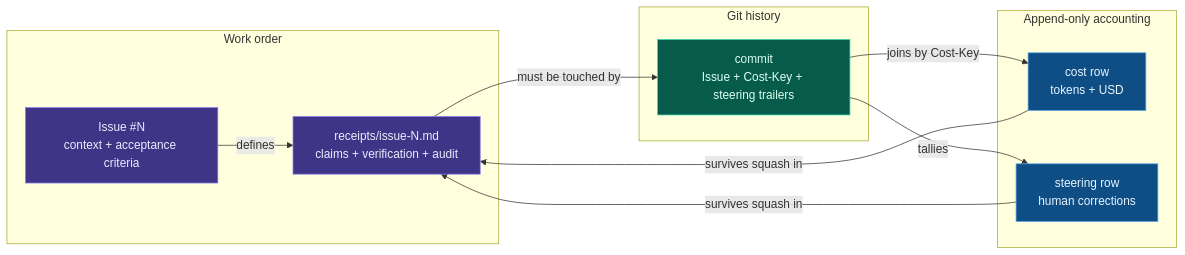
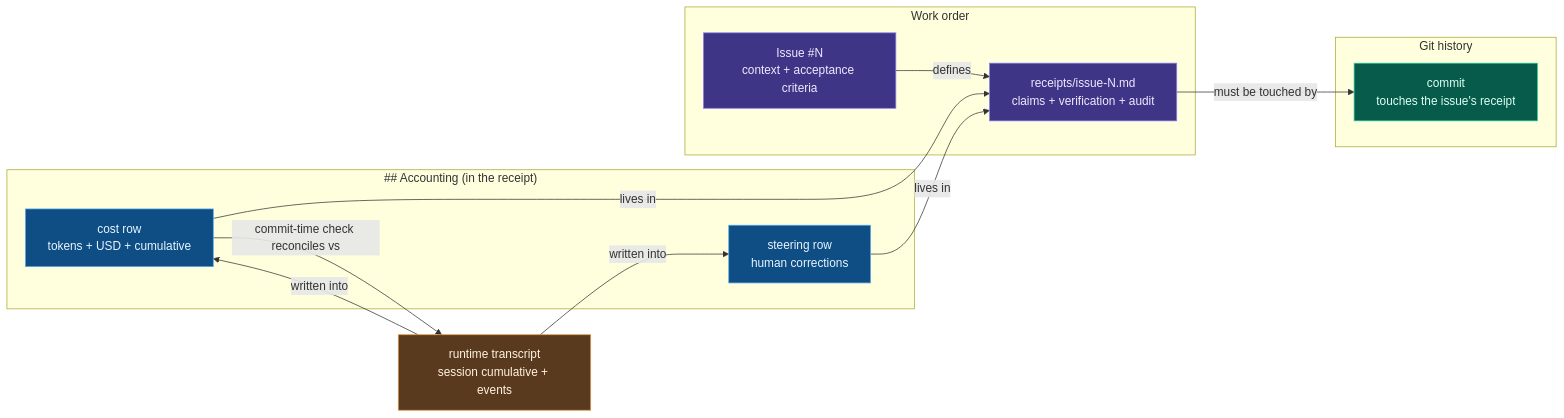
One commit to Duaility/governance-kit changed the fourth of 5 diagrams in README.md. Above: the diagram before and after it, drawn with Mermaid. The commit also changed other lines of this file and 29 other files, not shown here.

First line of the commit message:
refactor(audit): drop accounting trailers; reconcile ledger (#293)

````diff
--- a/README.md
+++ b/README.md
@@ -331,30 +331,35 @@
 ```mermaid
 flowchart LR
     subgraph Work["Work order"]
         I["Issue #N<br/>context + acceptance criteria"]
         R["receipts/issue-N.md<br/>claims + verification + audit"]
     end
 
     subgraph History["Git history"]
-        C["commit<br/>Issue + Cost-Key + steering trailers"]
+        C["commit<br/>touches the issue's receipt"]
     end
 
-    subgraph Accounting["Append-only accounting"]
-        CO["cost row<br/>tokens + USD"]
+    subgraph Accounting["## Accounting (in the receipt)"]
+        CO["cost row<br/>tokens + USD + cumulative"]
         ST["steering row<br/>human corrections"]
     end
 
+    T["runtime transcript<br/>session cumulative + events"]
+
     I -- "defines" --> R
     R -- "must be touched by" --> C
-    C -- "joins by Cost-Key" --> CO
-    C -- "tallies" --> ST
-    CO -- "survives squash in" --> R
-    ST -- "survives squash in" --> R
+    T -- "written into" --> CO
+    T -- "written into" --> ST
+    CO -- "commit-time check reconciles vs" --> T
+    CO -- "lives in" --> R
+    ST -- "lives in" --> R
 
     classDef work fill:#3f3586,stroke:#8b7ff0,color:#eeeaff
     classDef history fill:#075b4a,stroke:#36d6af,color:#dcfff4
     classDef accounting fill:#0e4e85,stroke:#5aa8e9,color:#e9f5ff
+    classDef source fill:#5a3a1e,stroke:#d99a4e,color:#fff3e0
     class I,R work
     class C history
     class CO,ST accounting
+    class T source
 ```
````
